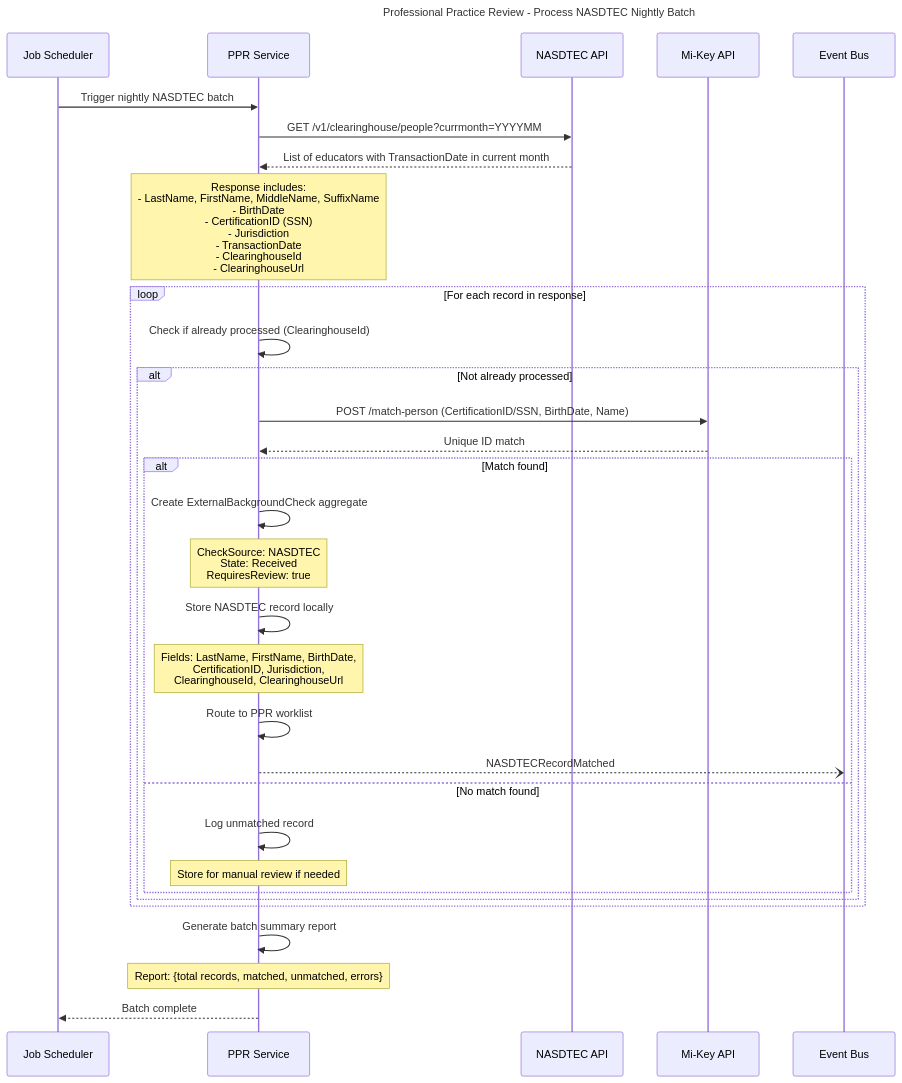
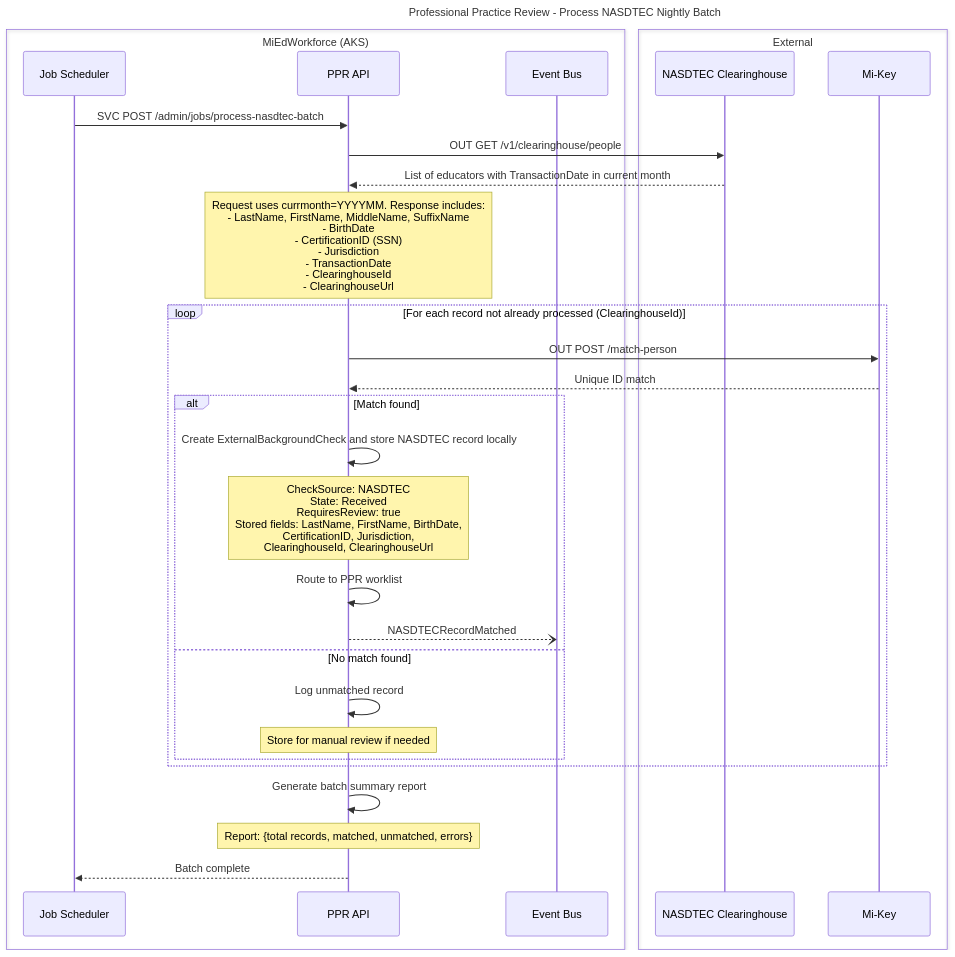
One commit to mnichols-dl/mied-design changed the seventh of 15 diagrams in working-docs/solution-areas/profpractice/profpractice-sequences.md. Above: the diagram before and after it, drawn with Mermaid. The commit also changed other lines of this file and 34 other files, not shown here.

Commit message:
Update sequences and perform RTM assessment

````diff
--- a/working-docs/solution-areas/profpractice/profpractice-sequences.md
+++ b/working-docs/solution-areas/profpractice/profpractice-sequences.md
@@ -481,48 +477,45 @@
 ```mermaid
 ---
 title: Professional Practice Review - Process NASDTEC Nightly Batch
 ---
 sequenceDiagram
-    participant Scheduler as Job Scheduler
-    participant PPRService as PPR Service
-    participant NASDTEC as NASDTEC API
-    participant MiKey as Mi-Key API
-    participant EventBus as Event Bus
+    box MiEdWorkforce (AKS)
+        participant Scheduler as Job Scheduler
+        participant PprApi as PPR API
+        participant EventBus as Event Bus
+    end
+    box External
+        participant NASDTEC as NASDTEC Clearinghouse
+        participant MiKey as Mi-Key
+    end
     
-    Scheduler->>PPRService: Trigger nightly NASDTEC batch
+    Scheduler->>PprApi: SVC POST /admin/jobs/process-nasdtec-batch
     
-    PPRService->>NASDTEC: GET /v1/clearinghouse/people?currmonth=YYYYMM
-    NASDTEC-->>PPRService: List of educators with TransactionDate in current month
+    PprApi->>NASDTEC: OUT GET /v1/clearinghouse/people
+    NASDTEC-->>PprApi: List of educators with TransactionDate in current month
     
-    Note over PPRService: Response includes:<br/>- LastName, FirstName, MiddleName, SuffixName<br/>- BirthDate<br/>- CertificationID (SSN)<br/>- Jurisdiction<br/>- TransactionDate<br/>- ClearinghouseId<br/>- ClearinghouseUrl
+    Note over PprApi: Request uses currmonth=YYYYMM. Response includes:<br/>- LastName, FirstName, MiddleName, SuffixName<br/>- BirthDate<br/>- CertificationID (SSN)<br/>- Jurisdiction<br/>- TransactionDate<br/>- ClearinghouseId<br/>- ClearinghouseUrl
     
-    loop For each record in response
-        PPRService->>PPRService: Check if already processed (ClearinghouseId)
+    loop For each record not already processed (ClearinghouseId)
+        PprApi->>MiKey: OUT POST /match-person
+        MiKey-->>PprApi: Unique ID match
         
-        alt Not already processed
-            PPRService->>MiKey: POST /match-person (CertificationID/SSN, BirthDate, Name)
-            MiKey-->>PPRService: Unique ID match
+        alt Match found
+            PprApi->>PprApi: Create ExternalBackgroundCheck and store NASDTEC record locally
+            Note over PprApi: CheckSource: NASDTEC<br/>State: Received<br/>RequiresReview: true<br/>Stored fields: LastName, FirstName, BirthDate,<br/>CertificationID, Jurisdiction,<br/>ClearinghouseId, ClearinghouseUrl
             
-            alt Match found
-                PPRService->>PPRService: Create ExternalBackgroundCheck aggregate
-                Note over PPRService: CheckSource: NASDTEC<br/>State: Received<br/>RequiresReview: true
-                
-                PPRService->>PPRService: Store NASDTEC record locally
-                Note over PPRService: Fields: LastName, FirstName, BirthDate,<br/>CertificationID, Jurisdiction,<br/>ClearinghouseId, ClearinghouseUrl
-                
-                PPRService->>PPRService: Route to PPR worklist
-                
-                PPRService--)EventBus: NASDTECRecordMatched
-                
-            else No match found
-                PPRService->>PPRService: Log unmatched record
-                Note over PPRService: Store for manual review if needed
-            end
+            PprApi->>PprApi: Route to PPR worklist
+            
+            PprApi--)EventBus: NASDTECRecordMatched
+            
+        else No match found
+            PprApi->>PprApi: Log unmatched record
+            Note over PprApi: Store for manual review if needed
         end
     end
     
-    PPRService->>PPRService: Generate batch summary report
-    Note over PPRService: Report: {total records, matched, unmatched, errors}
+    PprApi->>PprApi: Generate batch summary report
+    Note over PprApi: Report: {total records, matched, unmatched, errors}
     
-    PPRService-->>Scheduler: Batch complete
+    PprApi-->>Scheduler: Batch complete
 ```
````
